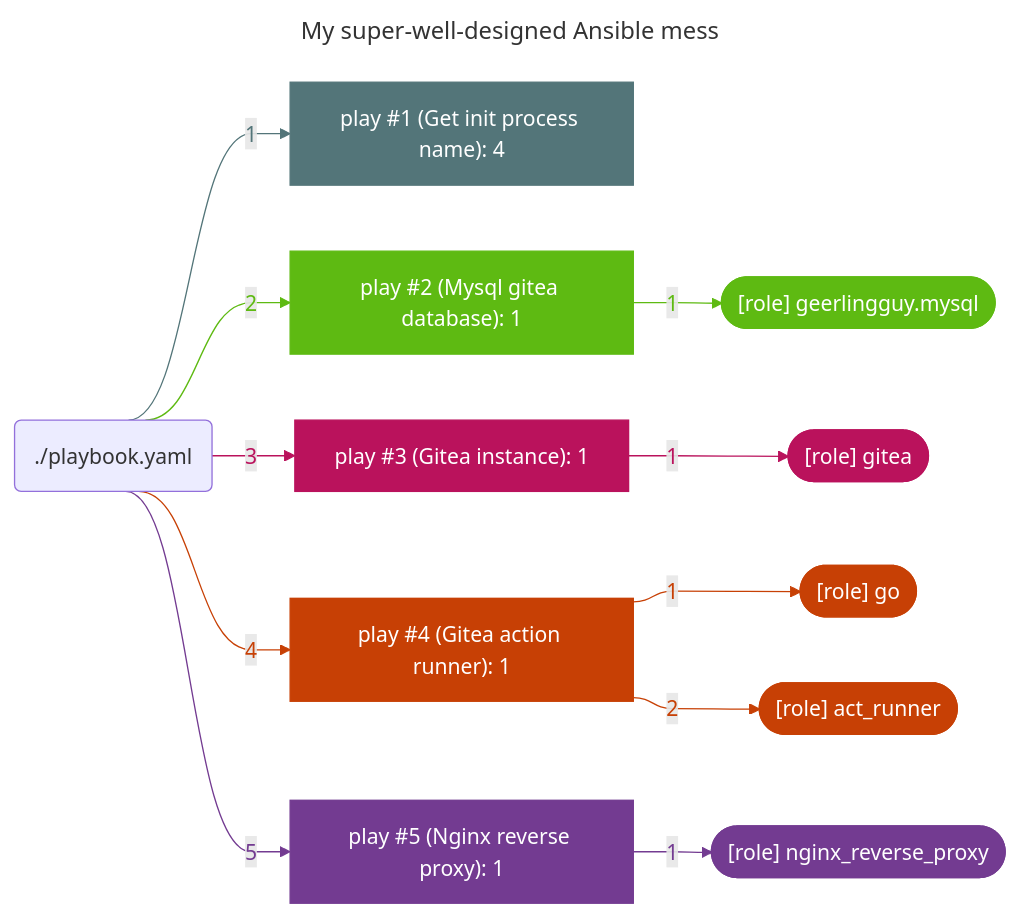
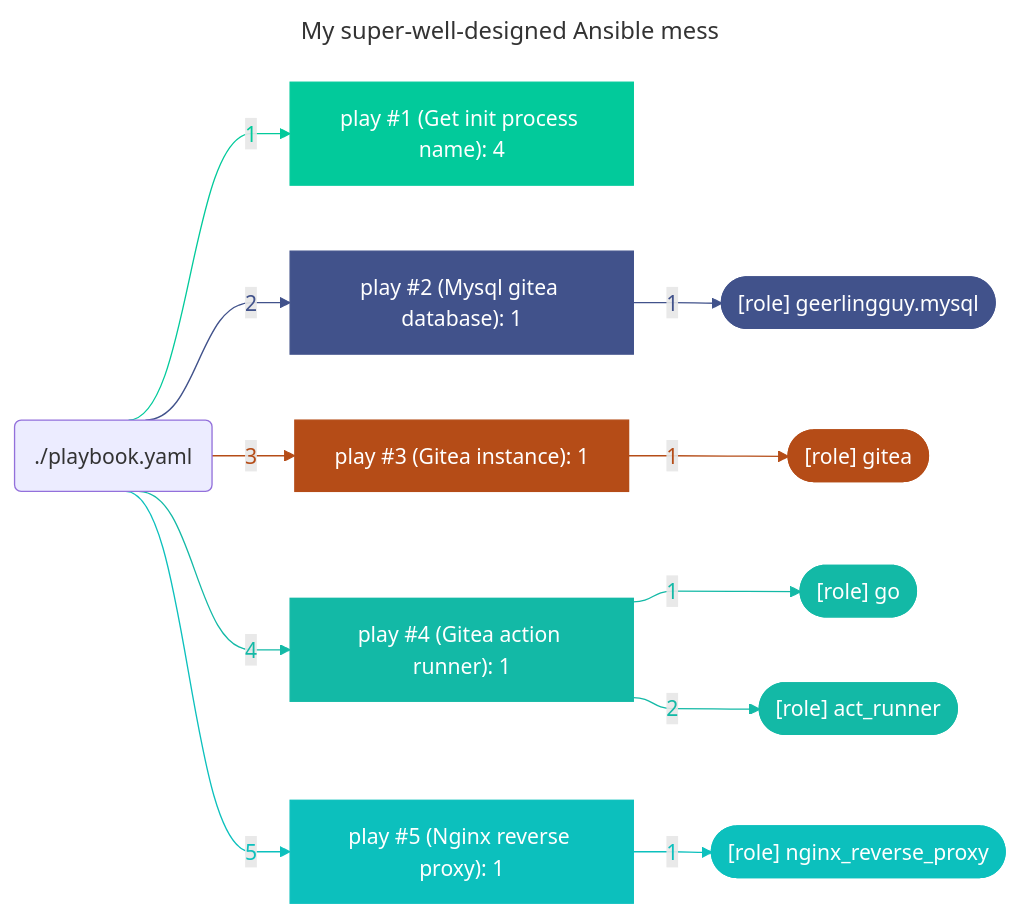
One commit to boyreau/boyreau changed the third of 3 diagrams in README.md. Above: the diagram before and after it, drawn with Mermaid.

Commit message:
profile graph automatic update

````diff
--- a/README.md
+++ b/README.md
@@ -95,71 +95,71 @@
 ```mermaid
 ---
 title: "My super-well-designed Ansible mess"
 ---
 %%{ init: { "flowchart": { "curve": "bumpX" } } }%%
 flowchart LR
 	%% Start of the playbook './playbook.yaml'
-	playbook_f6b427fa("./playbook.yaml")
+	playbook_8e31b498("./playbook.yaml")
 		%% Start of the play 'play #1 (Get init process name): 4'
-		play_7dc417cd["play #1 (Get init process name): 4"]
-		style play_7dc417cd stroke:#537579,fill:#537579,color:#ffffff
-		playbook_f6b427fa --> |"1"| play_7dc417cd
-		linkStyle 0 stroke:#537579,color:#537579
+		play_5dee4b89["play #1 (Get init process name): 4"]
+		style play_5dee4b89 stroke:#02ca9b,fill:#02ca9b,color:#ffffff
+		playbook_8e31b498 --> |"1"| play_5dee4b89
+		linkStyle 0 stroke:#02ca9b,color:#02ca9b
 		%% End of the play 'play #1 (Get init process name): 4'
 		%% Start of the play 'play #2 (Mysql gitea database): 1'
-		play_94553fb6["play #2 (Mysql gitea database): 1"]
-		style play_94553fb6 stroke:#5eba12,fill:#5eba12,color:#ffffff
-		playbook_f6b427fa --> |"2"| play_94553fb6
-		linkStyle 1 stroke:#5eba12,color:#5eba12
+		play_dff30eec["play #2 (Mysql gitea database): 1"]
+		style play_dff30eec stroke:#41528b,fill:#41528b,color:#ffffff
+		playbook_8e31b498 --> |"2"| play_dff30eec
+		linkStyle 1 stroke:#41528b,color:#41528b
 			%% Start of the role '[role] geerlingguy.mysql'
-			play_94553fb6 --> |"1 "| role_f4800506
-			linkStyle 2 stroke:#5eba12,color:#5eba12
-			role_f4800506(["[role] geerlingguy.mysql"])
-			style role_f4800506 fill:#5eba12,color:#ffffff,stroke:#5eba12
+			play_dff30eec --> |"1 "| role_cb4d0091
+			linkStyle 2 stroke:#41528b,color:#41528b
+			role_cb4d0091(["[role] geerlingguy.mysql"])
+			style role_cb4d0091 fill:#41528b,color:#ffffff,stroke:#41528b
 			%% End of the role '[role] geerlingguy.mysql'
 		%% End of the play 'play #2 (Mysql gitea database): 1'
 		%% Start of the play 'play #3 (Gitea instance): 1'
-		play_41bc4592["play #3 (Gitea instance): 1"]
-		style play_41bc4592 stroke:#ba125c,fill:#ba125c,color:#ffffff
-		playbook_f6b427fa --> |"3"| play_41bc4592
-		linkStyle 3 stroke:#ba125c,color:#ba125c
+		play_515c3c4a["play #3 (Gitea instance): 1"]
+		style play_515c3c4a stroke:#b54c17,fill:#b54c17,color:#ffffff
+		playbook_8e31b498 --> |"3"| play_515c3c4a
+		linkStyle 3 stroke:#b54c17,color:#b54c17
 			%% Start of the role '[role] gitea'
-			play_41bc4592 --> |"1 "| role_783e986b
-			linkStyle 4 stroke:#ba125c,color:#ba125c
-			role_783e986b(["[role] gitea"])
-			style role_783e986b fill:#ba125c,color:#ffffff,stroke:#ba125c
+			play_515c3c4a --> |"1 "| role_5e5f790c
+			linkStyle 4 stroke:#b54c17,color:#b54c17
+			role_5e5f790c(["[role] gitea"])
+			style role_5e5f790c fill:#b54c17,color:#ffffff,stroke:#b54c17
 			%% End of the role '[role] gitea'
 		%% End of the play 'play #3 (Gitea instance): 1'
 		%% Start of the play 'play #4 (Gitea action runner): 1'
-		play_c3152f15["play #4 (Gitea action runner): 1"]
-		style play_c3152f15 stroke:#c74005,fill:#c74005,color:#ffffff
-		playbook_f6b427fa --> |"4"| play_c3152f15
-		linkStyle 5 stroke:#c74005,color:#c74005
+		play_09b411b8["play #4 (Gitea action runner): 1"]
+		style play_09b411b8 stroke:#13b9a6,fill:#13b9a6,color:#ffffff
+		playbook_8e31b498 --> |"4"| play_09b411b8
+		linkStyle 5 stroke:#13b9a6,color:#13b9a6
 			%% Start of the role '[role] go'
-			play_c3152f15 --> |"1 "| role_1b2fc5c3
-			linkStyle 6 stroke:#c74005,color:#c74005
-			role_1b2fc5c3(["[role] go"])
-			style role_1b2fc5c3 fill:#c74005,color:#ffffff,stroke:#c74005
+			play_09b411b8 --> |"1 "| role_13ad03b6
+			linkStyle 6 stroke:#13b9a6,color:#13b9a6
+			role_13ad03b6(["[role] go"])
+			style role_13ad03b6 fill:#13b9a6,color:#ffffff,stroke:#13b9a6
 			%% End of the role '[role] go'
 			%% Start of the role '[role] act_runner'
-			play_c3152f15 --> |"2 "| role_c27ca879
-			linkStyle 7 stroke:#c74005,color:#c74005
-			role_c27ca879(["[role] act_runner"])
-			style role_c27ca879 fill:#c74005,color:#ffffff,stroke:#c74005
+			play_09b411b8 --> |"2 "| role_77461e1a
+			linkStyle 7 stroke:#13b9a6,color:#13b9a6
+			role_77461e1a(["[role] act_runner"])
+			style role_77461e1a fill:#13b9a6,color:#ffffff,stroke:#13b9a6
 			%% End of the role '[role] act_runner'
 		%% End of the play 'play #4 (Gitea action runner): 1'
 		%% Start of the play 'play #5 (Nginx reverse proxy): 1'
-		play_d02f0c32["play #5 (Nginx reverse proxy): 1"]
-		style play_d02f0c32 stroke:#733b91,fill:#733b91,color:#ffffff
-		playbook_f6b427fa --> |"5"| play_d02f0c32
-		linkStyle 8 stroke:#733b91,color:#733b91
+		play_ed76da53["play #5 (Nginx reverse proxy): 1"]
+		style play_ed76da53 stroke:#0cc0bd,fill:#0cc0bd,color:#ffffff
+		playbook_8e31b498 --> |"5"| play_ed76da53
+		linkStyle 8 stroke:#0cc0bd,color:#0cc0bd
 			%% Start of the role '[role] nginx_reverse_proxy'
-			play_d02f0c32 --> |"1 "| role_3e82cb64
-			linkStyle 9 stroke:#733b91,color:#733b91
-			role_3e82cb64(["[role] nginx_reverse_proxy"])
-			style role_3e82cb64 fill:#733b91,color:#ffffff,stroke:#733b91
+			play_ed76da53 --> |"1 "| role_ee517261
+			linkStyle 9 stroke:#0cc0bd,color:#0cc0bd
+			role_ee517261(["[role] nginx_reverse_proxy"])
+			style role_ee517261 fill:#0cc0bd,color:#ffffff,stroke:#0cc0bd
 			%% End of the role '[role] nginx_reverse_proxy'
 		%% End of the play 'play #5 (Nginx reverse proxy): 1'
 	%% End of the playbook './playbook.yaml'
 
 ```
````
